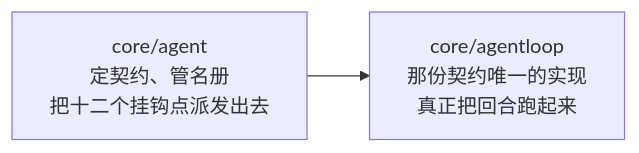
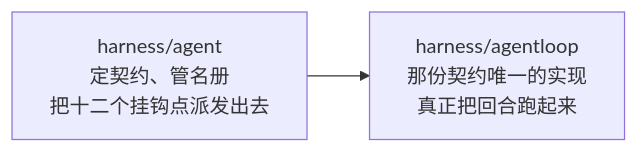
The first of 34 diagrams in docs/modules/agentloop.md (snight1983/ds-harness-go), drawn with Mermaid before and after one commit. The commit also changed other lines of this file and 1281 other files, not shown here.

````diff
--- a/docs/modules/agentloop.md
+++ b/docs/modules/agentloop.md
@@ -11,4 +11,4 @@
 ```mermaid
 flowchart LR
-    A["core/agent<br/>定契约、管名册<br/>把十二个挂钩点派发出去"] --> B["core/agentloop<br/>那份契约唯一的实现<br/>真正把回合跑起来"]
+    A["harness/agent<br/>定契约、管名册<br/>把十二个挂钩点派发出去"] --> B["harness/agentloop<br/>那份契约唯一的实现<br/>真正把回合跑起来"]
 ```
````
